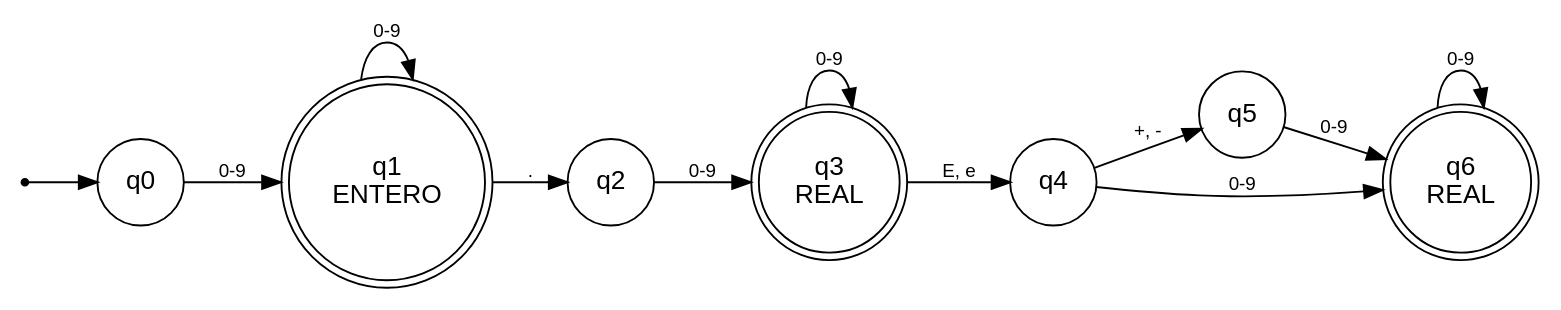
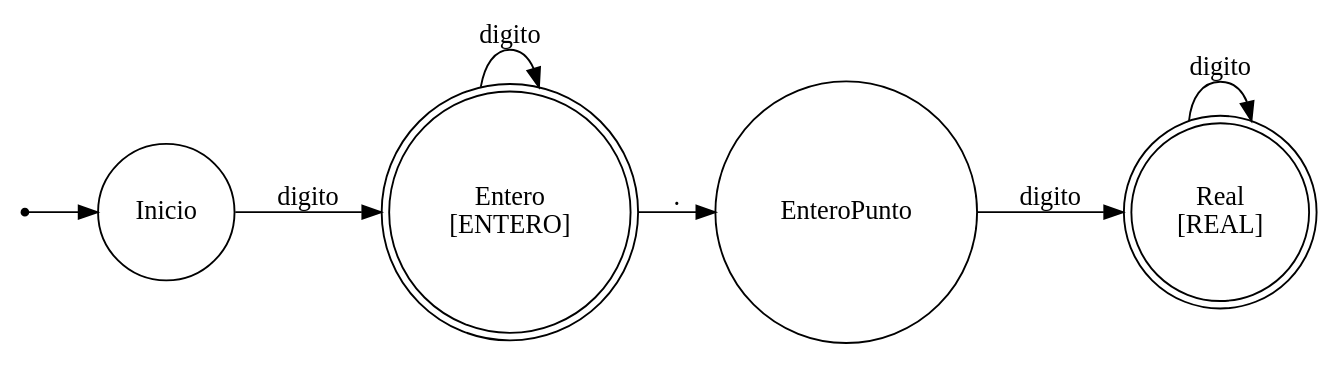
Before and after one commit to Insert-name-115/Tarea-de-teoria-de-computacion: the diagram in docs/automatas/numero.dot, drawn with Graphviz. The commit also changed 19 other files, not shown here.

```diff
--- a/docs/automatas/numero.dot
+++ b/docs/automatas/numero.dot
@@ -1,23 +1,14 @@
-digraph "NUMERO" {
-  rankdir=LR;
-  node [fontname="Helvetica"]; edge [fontname="Helvetica", fontsize=10];
-  inicio [shape=point, label=""];
-  q0 [shape=circle];
-  q1 [shape=doublecircle, label="q1\nENTERO"];
-  q2 [shape=circle];
-  q3 [shape=doublecircle, label="q3\nREAL"];
-  q4 [shape=circle];
-  q5 [shape=circle];
-  q6 [shape=doublecircle, label="q6\nREAL"];
-  inicio -> q0;
-  q0 -> q1 [label="0-9"];
-  q1 -> q1 [label="0-9"];
-  q1 -> q2 [label="."];
-  q2 -> q3 [label="0-9"];
-  q3 -> q3 [label="0-9"];
-  q3 -> q4 [label="E, e"];
-  q4 -> q5 [label="+, -"];
-  q4 -> q6 [label="0-9"];
-  q5 -> q6 [label="0-9"];
-  q6 -> q6 [label="0-9"];
+digraph NUMERO {
+	rankdir=LR
+	"" [shape=point]
+	Entero [label="Entero\n[ENTERO]" penwidth=1 shape=doublecircle]
+	EnteroPunto [label=EnteroPunto penwidth=1 shape=circle]
+	Inicio [label=Inicio penwidth=1 shape=circle]
+	Real [label="Real\n[REAL]" penwidth=1 shape=doublecircle]
+	"" -> Inicio
+	Inicio -> Entero [label=digito]
+	Entero -> Entero [label=digito]
+	Entero -> EnteroPunto [label="."]
+	EnteroPunto -> Real [label=digito]
+	Real -> Real [label=digito]
 }
```
